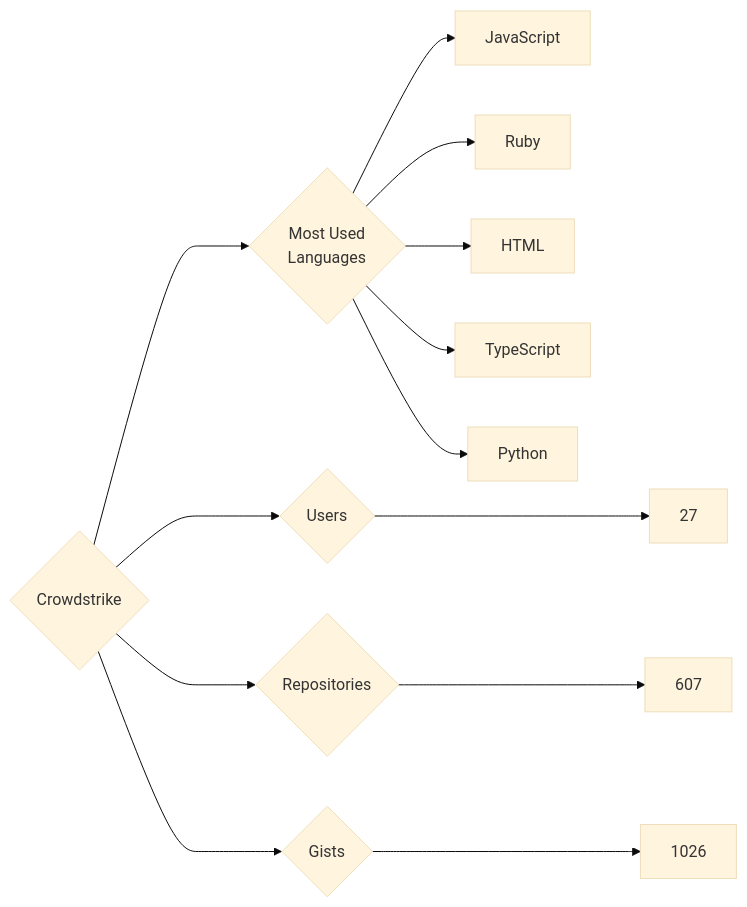
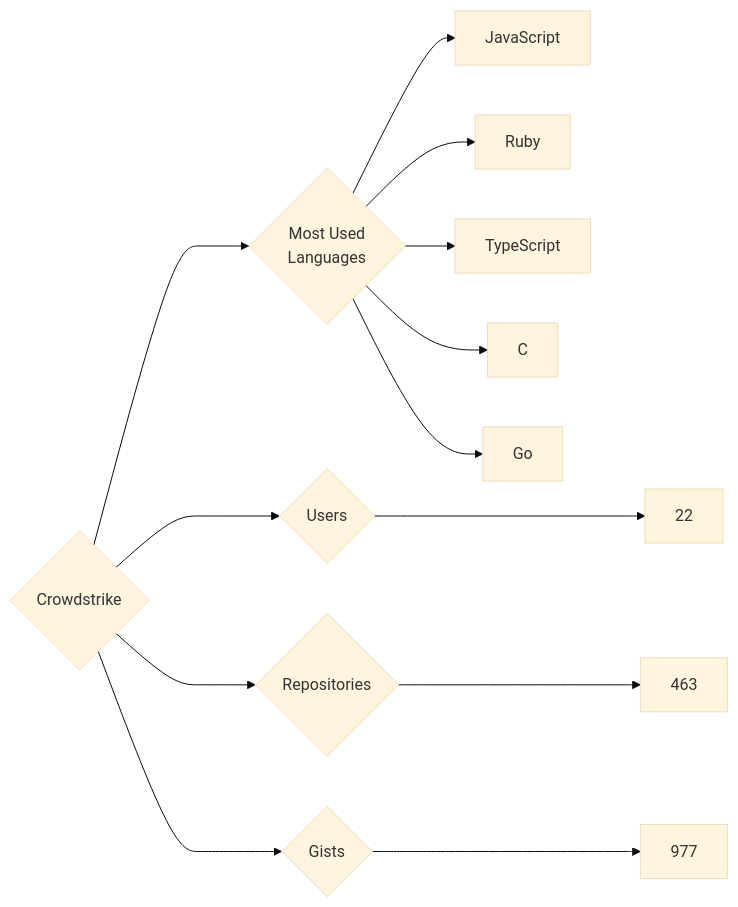
The diagram in targets/Crowdstrike/README.md (trickest/insiders), drawn with Mermaid (base theme) before and after one commit. The commit also changed 870 other files, not shown here.

````diff
--- a/targets/Crowdstrike/README.md
+++ b/targets/Crowdstrike/README.md
@@ -3,13 +3,13 @@
 ```mermaid
 graph LR
 COMPANY_NAME{Crowdstrike}
-COMPANY_NAME ---> U{Users} ---> UN[27]
-COMPANY_NAME ---> R{Repositories} ---> RN[607]
-COMPANY_NAME ---> G{Gists} ---> GN[1026]
+COMPANY_NAME ---> U{Users} ---> UN[22]
+COMPANY_NAME ---> R{Repositories} ---> RN[463]
+COMPANY_NAME ---> G{Gists} ---> GN[977]
 COMPANY_NAME ---> ML{Most Used<br>Languages}
 ML --> JavaScript[JavaScript]
 ML --> Ruby[Ruby]
-ML --> HTML[HTML]
 ML --> TypeScript[TypeScript]
-ML --> Python[Python]
+ML --> C[C]
+ML --> Go[Go]
 ```
````
